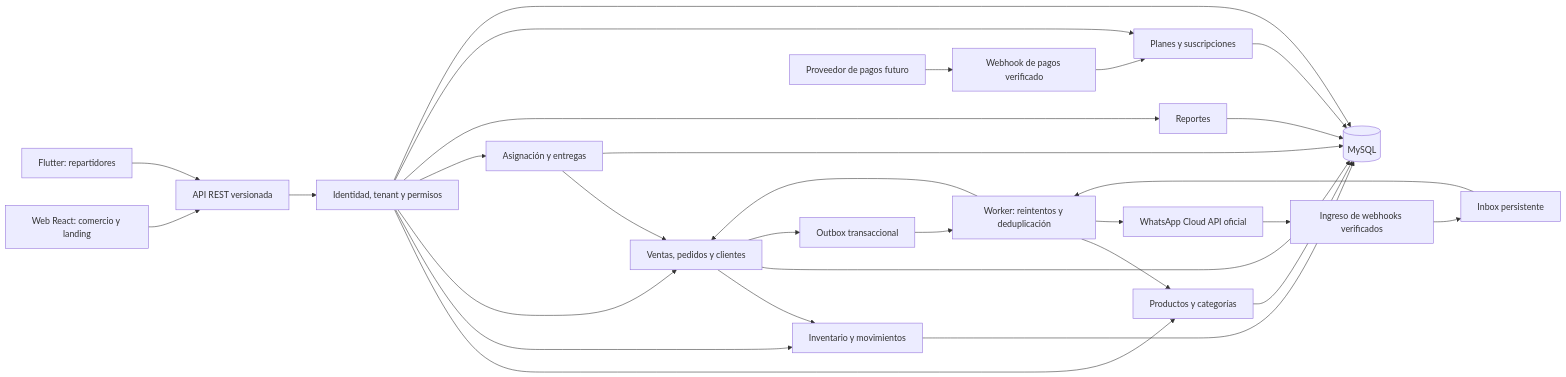
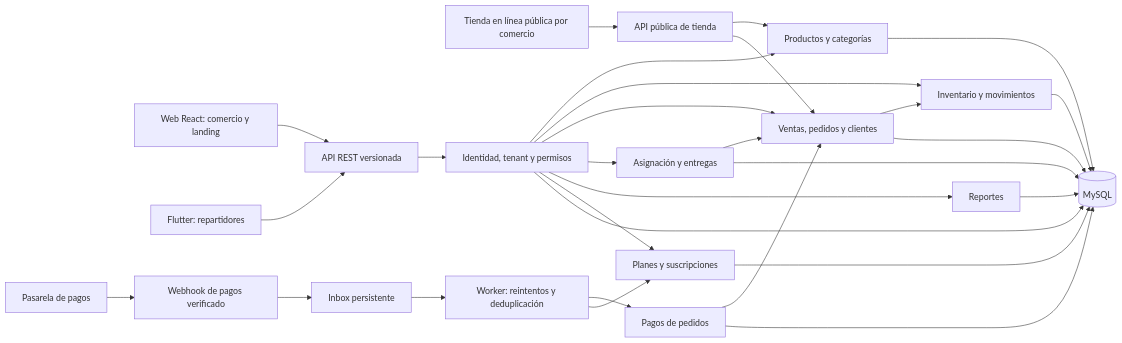
One commit to yuliniri200712-bit/Nexora-SaaS changed the diagram in docs/01-architecture.md. Above: the diagram before and after it, drawn with Mermaid. The commit also changed other lines of this file and 8 other files, not shown here.

First line of the commit message:
docs: redefinir la Fase 3 como tienda en línea y retirar WhatsApp

````diff
--- a/docs/01-architecture.md
+++ b/docs/01-architecture.md
@@ -13,31 +13,31 @@
 ```mermaid
 flowchart LR
   Web[Web React: comercio y landing] --> API[API REST versionada]
+  Shop[Tienda en línea pública por comercio] --> Public[API pública de tienda]
+  Public --> Catalog
+  Public --> Orders
   Mobile[Flutter: repartidores] --> API
   API --> Access[Identidad, tenant y permisos]
   Access --> Catalog[Productos y categorías]
   Access --> Inventory[Inventario y movimientos]
   Access --> Orders[Ventas, pedidos y clientes]
   Access --> Delivery[Asignación y entregas]
   Access --> Reports[Reportes]
   Access --> Billing[Planes y suscripciones]
   Orders --> Inventory
   Delivery --> Orders
   Reports --> DB[(MySQL)]
   Catalog --> DB
   Inventory --> DB
   Orders --> DB
   Delivery --> DB
   Billing --> DB
   Access --> DB
-  Meta[WhatsApp Cloud API oficial] --> Hook[Ingreso de webhooks verificados]
-  Hook --> Inbox[Inbox persistente]
+  Pay[Pasarela de pagos] --> PayHook[Webhook de pagos verificado]
+  PayHook --> Inbox[Inbox persistente]
   Inbox --> Worker[Worker: reintentos y deduplicación]
-  Worker --> Orders
-  Worker --> Catalog
-  Orders --> Outbox[Outbox transaccional]
-  Outbox --> Worker
-  Worker --> Meta
-  Pay[Proveedor de pagos futuro] --> PayHook[Webhook de pagos verificado]
-  PayHook --> Billing
+  Worker --> Payments[Pagos de pedidos]
+  Worker --> Billing
+  Payments --> Orders
+  Payments --> DB
 ```
````
